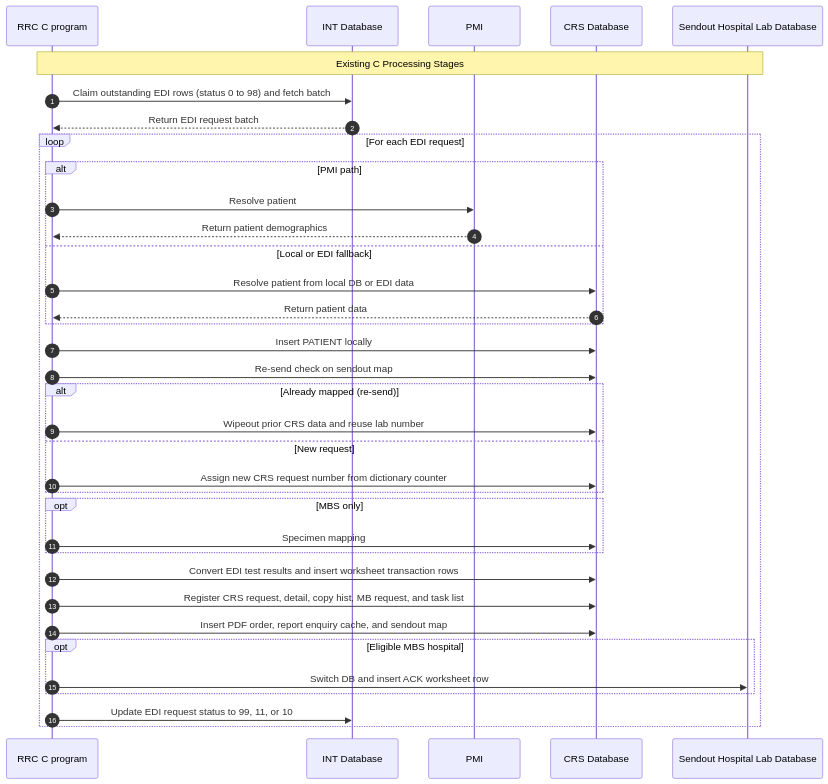
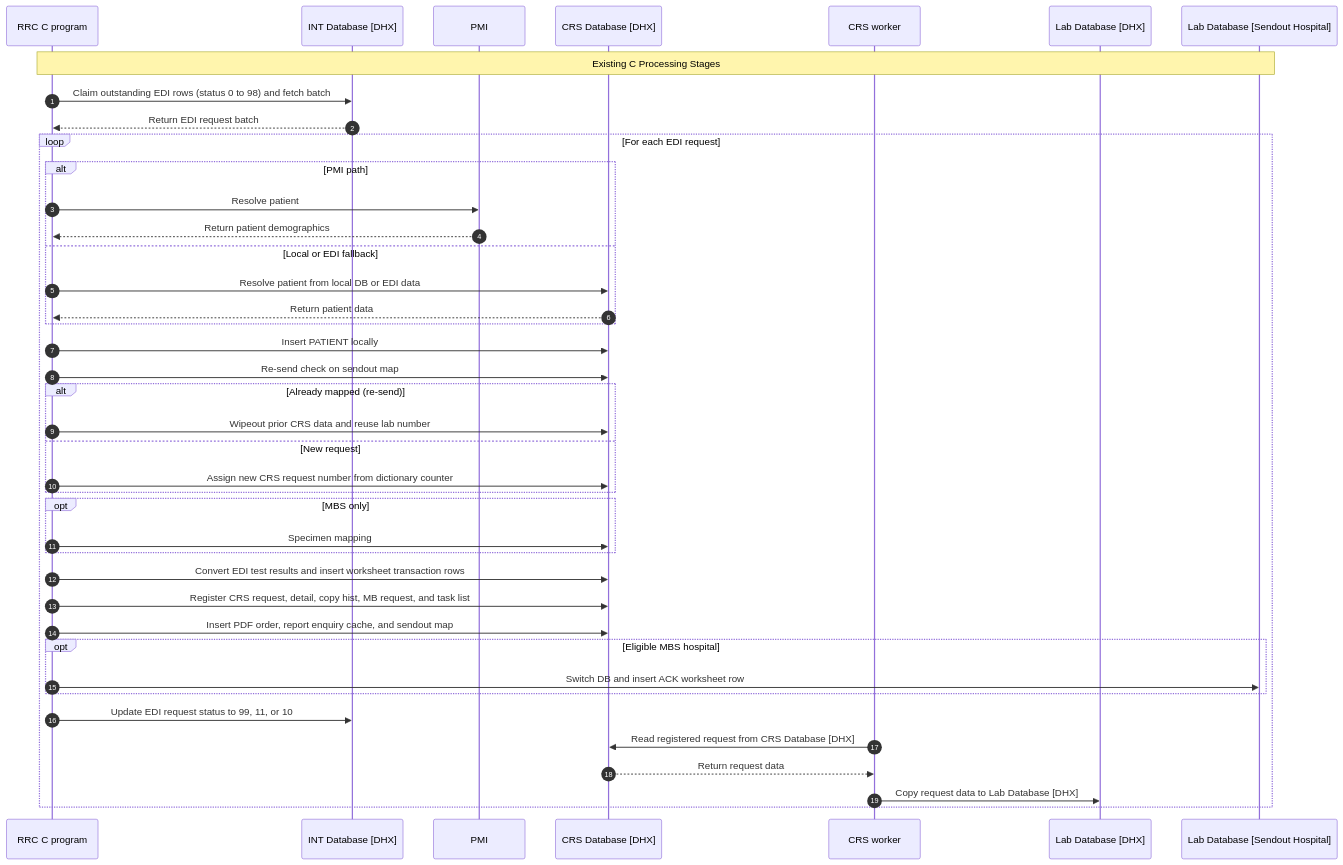
One commit to DragonChong/HA-Notes changed the third of 4 diagrams in LIS/JIRA/Develop cloud application `lis-dhx-rrc-svc` to replace the legacy RRC worker and support dynamic Sybase-PostgreSQL database connectivity during DB migration.md. Above: the diagram before and after it, drawn with Mermaid. The commit also changed other lines of this file, not shown here.

Commit message:
vault backup: 2026-07-20 15:47:04

````diff
--- a/LIS/JIRA/Develop cloud application `lis-dhx-rrc-svc` to replace the legacy RRC worker and support dynamic Sybase-PostgreSQL database connectivity during DB migration.md
+++ b/LIS/JIRA/Develop cloud application `lis-dhx-rrc-svc` to replace the legacy RRC worker and support dynamic Sybase-PostgreSQL database connectivity during DB migration.md
@@ -171,46 +176,52 @@
 ```mermaid
 sequenceDiagram
     autonumber
     participant C as RRC C program
-    participant INT as INT Database
+    participant INT as INT Database [DHX]
     participant PMI as PMI
-    participant CRS as CRS Database
-    participant HOSP as Sendout Hospital Lab Database
+    participant CRS as CRS Database [DHX]
+    participant CRSW as CRS worker
+    participant LAB as Lab Database [DHX]
+    participant HOSP as Lab Database [Sendout Hospital]
 
     Note over C,HOSP: Existing C Processing Stages
 
     C->>INT: Claim outstanding EDI rows (status 0 to 98) and fetch batch
     INT-->>C: Return EDI request batch
 
     loop For each EDI request
         alt PMI path
             C->>PMI: Resolve patient
             PMI-->>C: Return patient demographics
         else Local or EDI fallback
             C->>CRS: Resolve patient from local DB or EDI data
             CRS-->>C: Return patient data
         end
         C->>CRS: Insert PATIENT locally
 
         C->>CRS: Re-send check on sendout map
         alt Already mapped (re-send)
             C->>CRS: Wipeout prior CRS data and reuse lab number
         else New request
             C->>CRS: Assign new CRS request number from dictionary counter
         end
 
         opt MBS only
             C->>CRS: Specimen mapping
         end
 
         C->>CRS: Convert EDI test results and insert worksheet transaction rows
         C->>CRS: Register CRS request, detail, copy hist, MB request, and task list
         C->>CRS: Insert PDF order, report enquiry cache, and sendout map
 
         opt Eligible MBS hospital
             C->>HOSP: Switch DB and insert ACK worksheet row
         end
 
         C->>INT: Update EDI request status to 99, 11, or 10
+
+        CRSW->>CRS: Read registered request from CRS Database [DHX]
+        CRS-->>CRSW: Return request data
+        CRSW->>LAB: Copy request data to Lab Database [DHX]
     end
 ```
````
